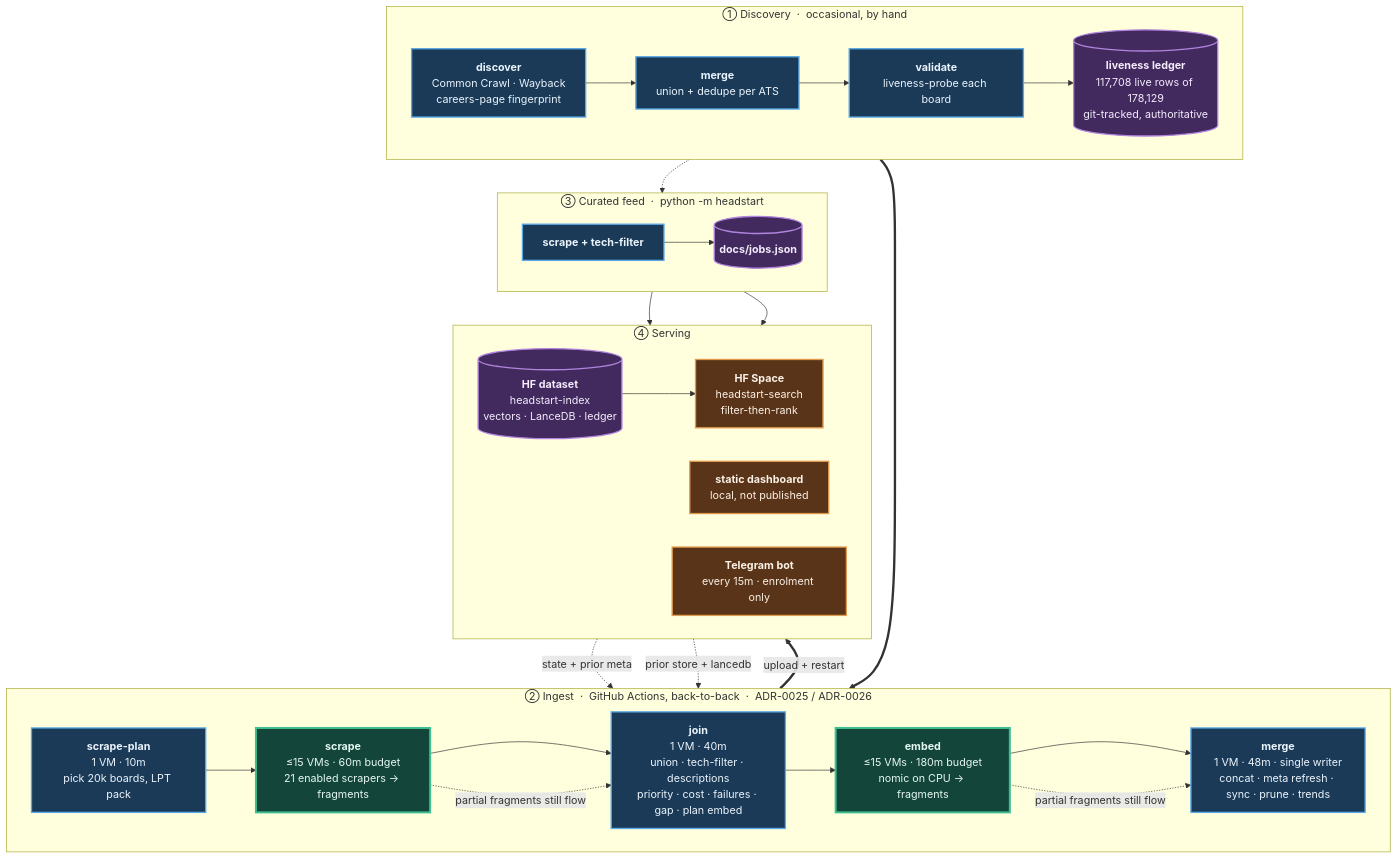
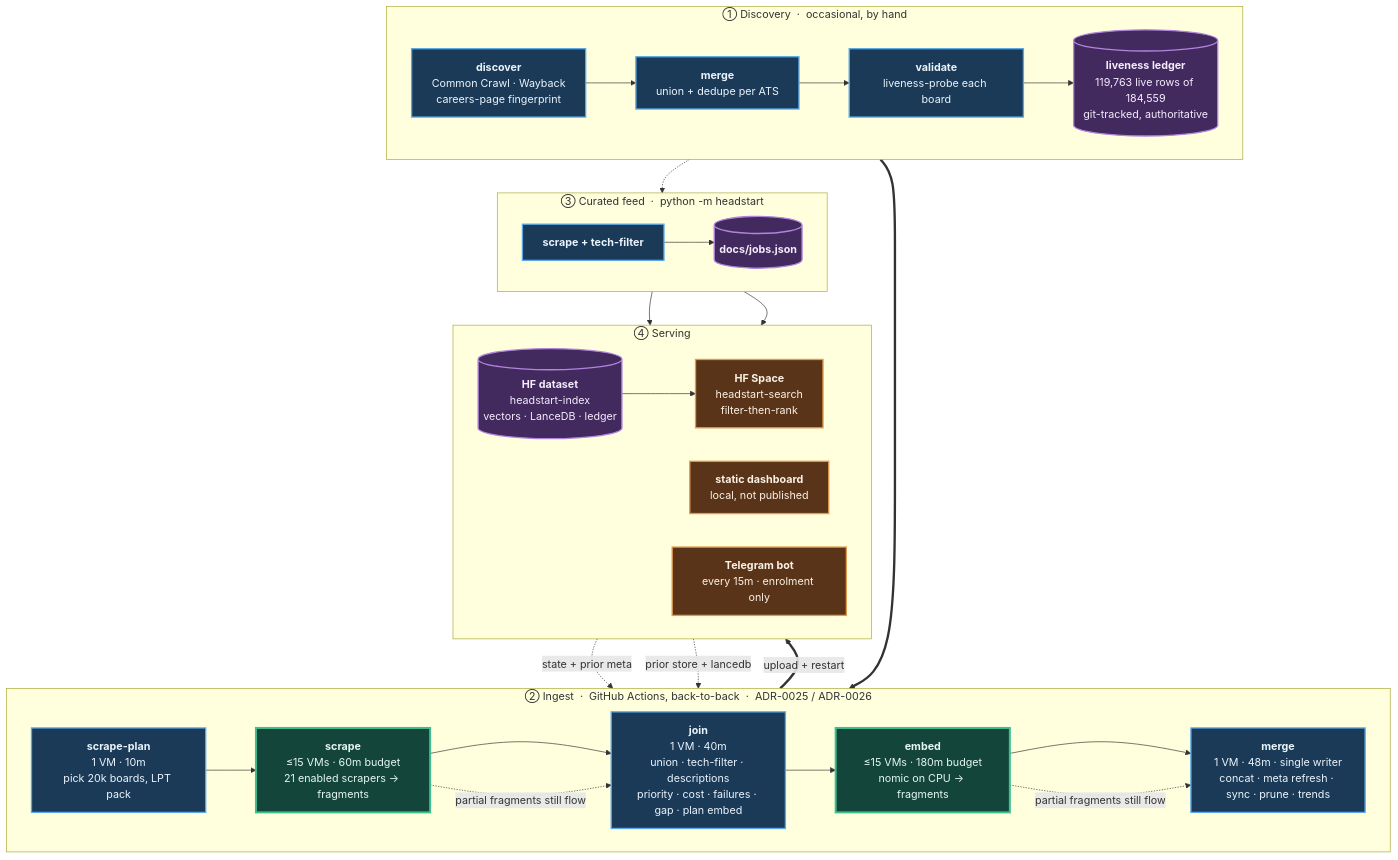
The diagram in README.md (sarthakjain004/headstart), drawn with Mermaid before and after one commit. The commit also changed other lines of this file and 20 other files, not shown here.

````diff
--- a/README.md
+++ b/README.md
@@ -84,56 +84,56 @@
 ```mermaid
 flowchart TB
     subgraph D["① Discovery &nbsp;·&nbsp; occasional, by hand"]
         direction LR
         D1["<b>discover</b><br/>Common Crawl · Wayback<br/>careers-page fingerprint"]
         D2["<b>merge</b><br/>union + dedupe per ATS"]
         D3["<b>validate</b><br/>liveness-probe each board"]
-        D4[("<b>liveness ledger</b><br/>117,708 live rows of 178,129<br/>git-tracked, authoritative")]
+        D4[("<b>liveness ledger</b><br/>119,763 live rows of 184,559<br/>git-tracked, authoritative")]
         D1 --> D2 --> D3 --> D4
     end
 
     subgraph P["② Ingest &nbsp;·&nbsp; GitHub Actions, back-to-back &nbsp;·&nbsp; ADR-0025 / ADR-0026"]
         direction LR
         P1["<b>scrape-plan</b><br/>1 VM · 10m<br/>pick 20k boards, LPT pack"]
         P2["<b>scrape</b><br/>≤15 VMs · 60m budget<br/>21 enabled scrapers → fragments"]
         P3["<b>join</b><br/>1 VM · 40m<br/>union · tech-filter · descriptions<br/>priority · cost · failures · gap · plan embed"]
         P4["<b>embed</b><br/>≤15 VMs · 180m budget<br/>nomic on CPU → fragments"]
         P5["<b>merge</b><br/>1 VM · 48m · single writer<br/>concat · meta refresh · sync · prune · trends"]
         P1 --> P2 --> P3 --> P4 --> P5
     end
 
     subgraph F["③ Curated feed &nbsp;·&nbsp; python -m headstart"]
         direction LR
         F1["<b>scrape + tech-filter</b>"]
         F2[("<b>docs/jobs.json</b>")]
         F1 --> F2
     end
 
     subgraph S["④ Serving"]
         direction LR
         S1[("<b>HF dataset</b><br/>headstart-index<br/>vectors · LanceDB · ledger")]
         S2["<b>HF Space</b><br/>headstart-search<br/>filter-then-rank"]
         S3["<b>static dashboard</b><br/>local, not published"]
         S4["<b>Telegram bot</b><br/>every 15m · enrolment only"]
         S1 --> S2
     end
 
     D4 ==> P1
     S1 -. "state + prior meta" .-> P1
     S1 -. "prior store + lancedb" .-> P5
     D4 -.-> F1
     P5 ==>|"upload + restart"| S1
     F2 --> S3
     F2 --> S4
     P2 -. "partial fragments still flow" .-> P3
     P4 -. "partial fragments still flow" .-> P5
 
     classDef serial fill:#1b3a57,stroke:#5aa9e6,stroke-width:2px,color:#eaf4fc
     classDef fan fill:#14453a,stroke:#3fbf8f,stroke-width:3px,color:#e4f7f0
     classDef store fill:#42295e,stroke:#b184dd,stroke-width:2px,color:#f4ecfc
     classDef serve fill:#5a3418,stroke:#e09a4f,stroke-width:2px,color:#fbf1e6
     class D1,D2,D3,P1,P3,P5,F1 serial
     class P2,P4 fan
     class D4,F2,S1 store
     class S2,S3,S4 serve
 ```
````
